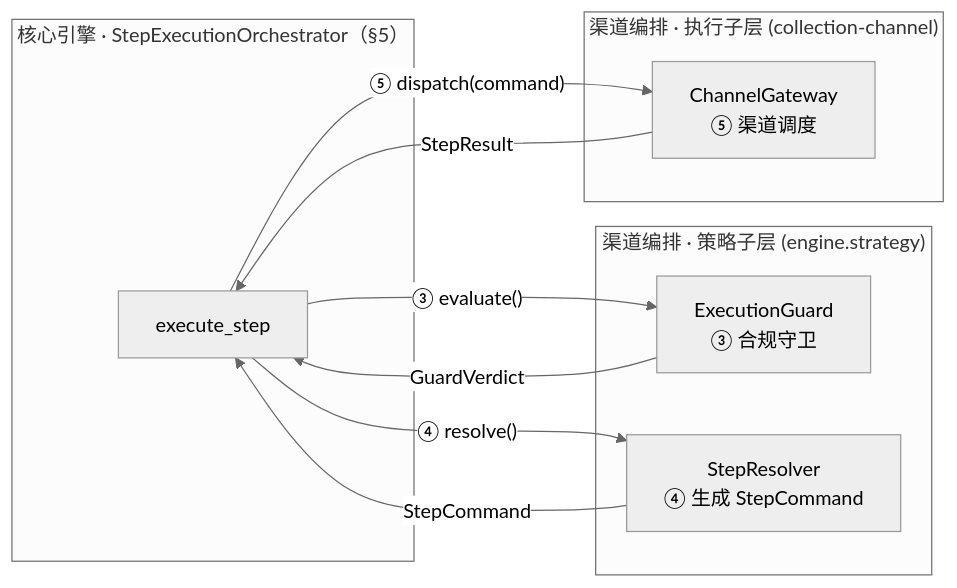
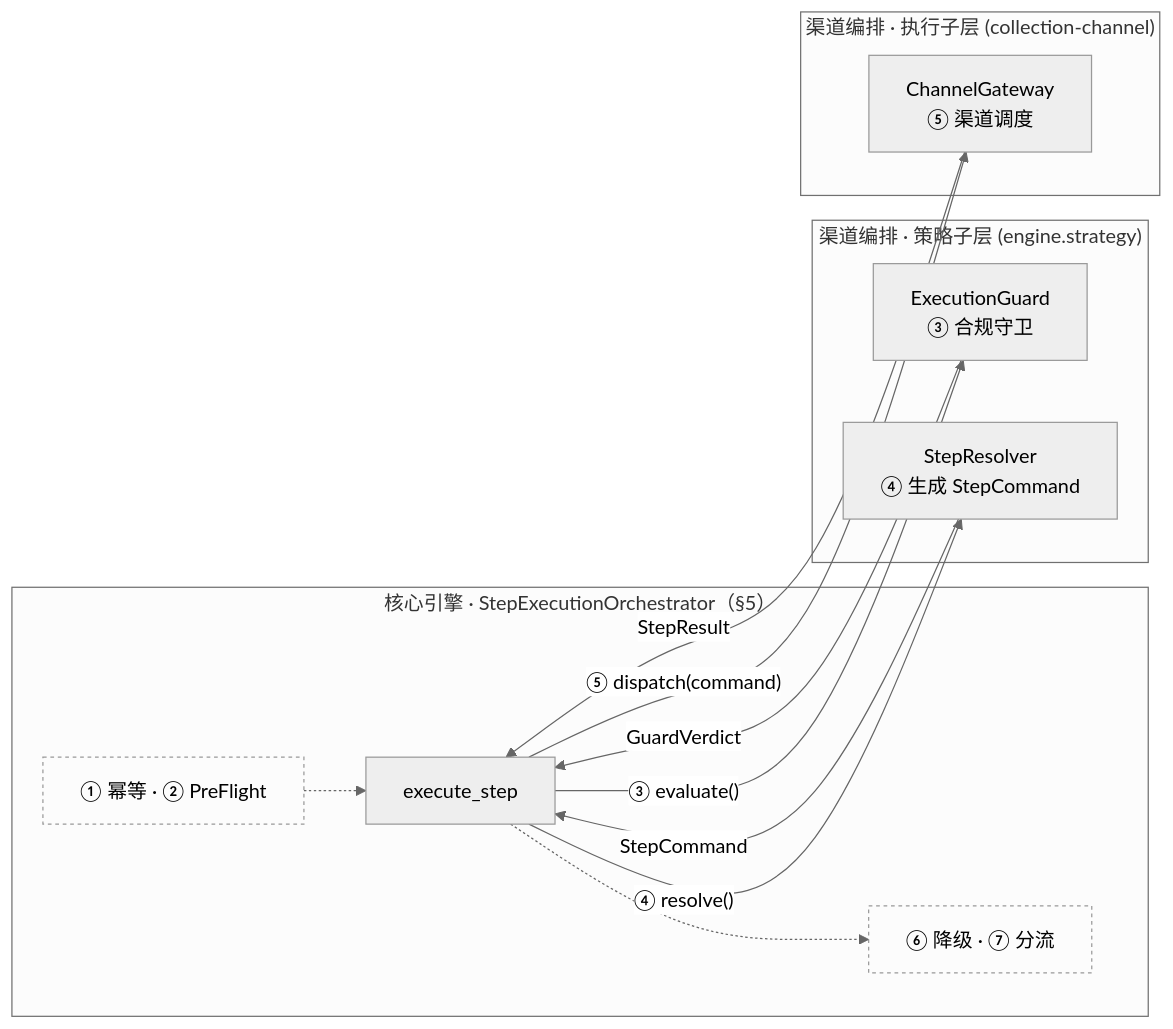
The first of 5 diagrams in docs/MOCASA催收系统升级_Phase1_核心引擎规格.md (katherineliu2102/Intelligent-Collection-V1), drawn with Mermaid (neutral theme) before and after one commit. The commit also changed other lines of this file and 27 other files, not shown here.

````diff
--- a/docs/MOCASA催收系统升级_Phase1_核心引擎规格.md
+++ b/docs/MOCASA催收系统升级_Phase1_核心引擎规格.md
@@ -61,22 +61,29 @@
 ```mermaid
 flowchart LR
     subgraph engine["核心引擎 · StepExecutionOrchestrator（§5）"]
+        I12["① 幂等 · ② PreFlight"]
         O["execute_step"]
+        I67["⑥ 降级 · ⑦ 分流"]
+        I12 -.-> O
+        O -.-> I67
     end
 
     subgraph strategy["渠道编排 · 策略子层 (engine.strategy)"]
         EG["ExecutionGuard<br/>③ 合规守卫"]
         SR["StepResolver<br/>④ 生成 StepCommand"]
     end
 
     subgraph exec["渠道编排 · 执行子层 (collection-channel)"]
         CG["ChannelGateway<br/>⑤ 渠道调度"]
     end
 
     O -->|"③ evaluate()"| EG
     EG -->|"GuardVerdict"| O
     O -->|"④ resolve()"| SR
     SR -->|"StepCommand"| O
     O -->|"⑤ dispatch(command)"| CG
     CG -->|"StepResult"| O
+
+    style I12 fill:transparent,stroke-dasharray: 3 3
+    style I67 fill:transparent,stroke-dasharray: 3 3
 ```
````
